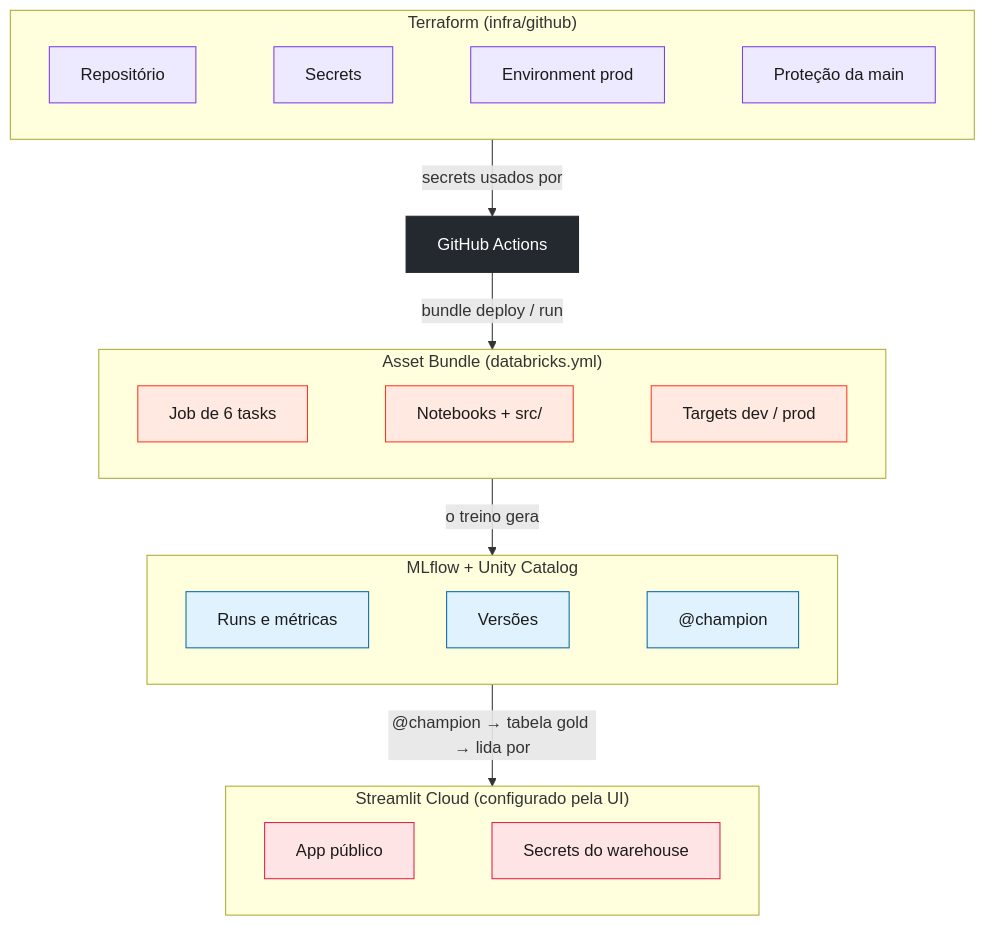
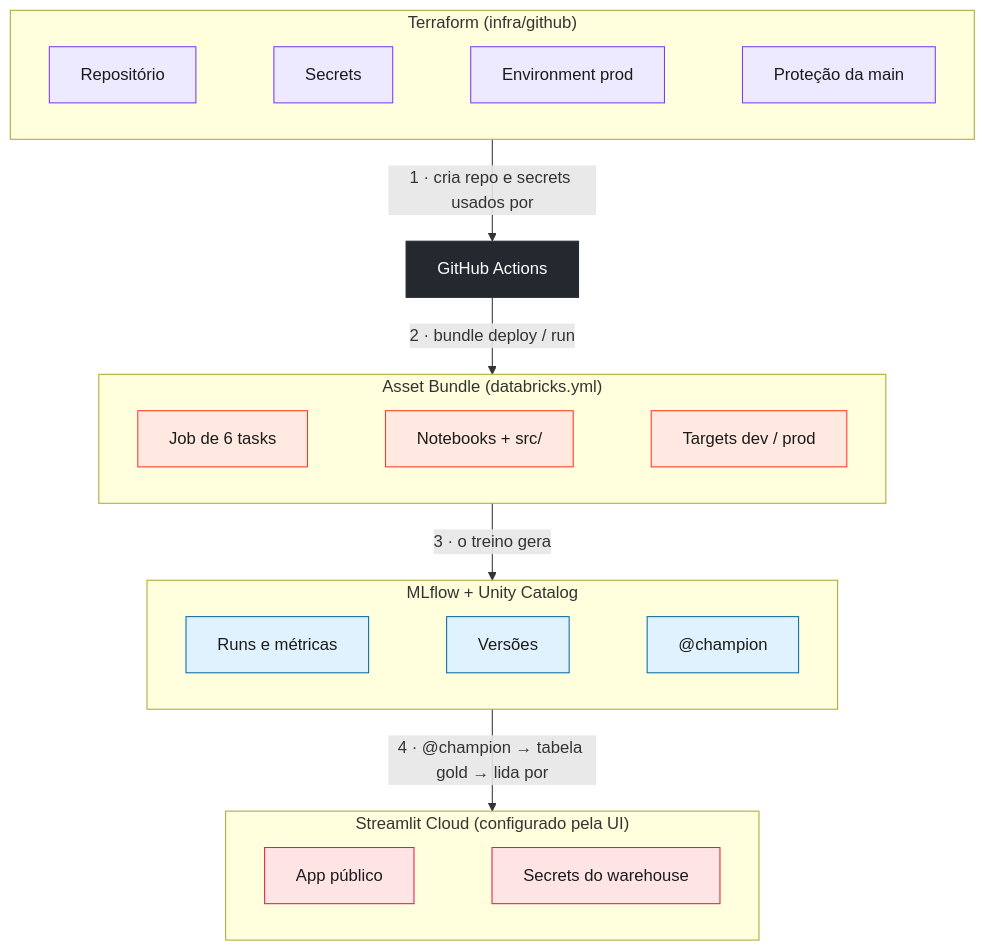
The fourth of 4 diagrams in docs/ARQUITETURA_MERMAID.md (will3g/news-recsys-databricks), drawn with Mermaid before and after one commit. The commit also changed other lines of this file, not shown here.

Commit message:
docs: numera as setas dos diagramas e adiciona passo a passo

````diff
--- a/docs/ARQUITETURA_MERMAID.md
+++ b/docs/ARQUITETURA_MERMAID.md
@@ -143,36 +175,36 @@
 ```mermaid
 flowchart TB
     subgraph TF["Terraform (infra/github)"]
         direction LR
         R1["Repositório"] ~~~ R2["Secrets"] ~~~ R3["Environment prod"] ~~~ R4["Proteção da main"]
     end
     GA["GitHub Actions"]
     subgraph DAB["Asset Bundle (databricks.yml)"]
         direction LR
         B1["Job de 6 tasks"] ~~~ B2["Notebooks + src/"] ~~~ B3["Targets dev / prod"]
     end
     subgraph ML["MLflow + Unity Catalog"]
         direction LR
         M1["Runs e métricas"] ~~~ M2["Versões"] ~~~ M3["@champion"]
     end
     subgraph ST["Streamlit Cloud (configurado pela UI)"]
         direction LR
         S1["App público"] ~~~ S2["Secrets do warehouse"]
     end
 
-    TF -- "secrets usados por" --> GA
-    GA -- "bundle deploy / run" --> DAB
-    DAB -- "o treino gera" --> ML
-    ML -- "@champion → tabela gold → lida por" --> ST
+    TF -- "1 · cria repo e secrets usados por" --> GA
+    GA -- "2 · bundle deploy / run" --> DAB
+    DAB -- "3 · o treino gera" --> ML
+    ML -- "4 · @champion → tabela gold → lida por" --> ST
 
     classDef tf fill:#ede9fe,stroke:#7c3aed,color:#1b1b1b
     classDef dab fill:#ffe9e0,stroke:#ff3621,color:#1b1b1b
     classDef ml fill:#e0f2fe,stroke:#0369a1,color:#1b1b1b
     classDef st fill:#ffe4e6,stroke:#e11d48,color:#1b1b1b
     classDef gh fill:#24292f,stroke:#24292f,color:#ffffff
     class R1,R2,R3,R4 tf
     class B1,B2,B3 dab
     class M1,M2,M3 ml
     class S1,S2 st
     class GA gh
 ```
````
